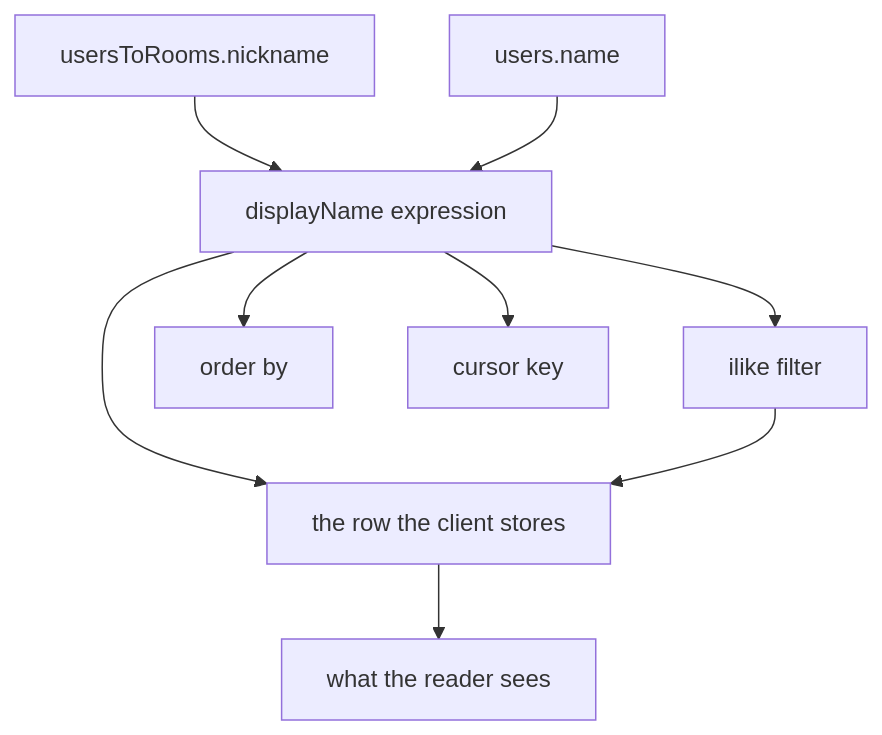
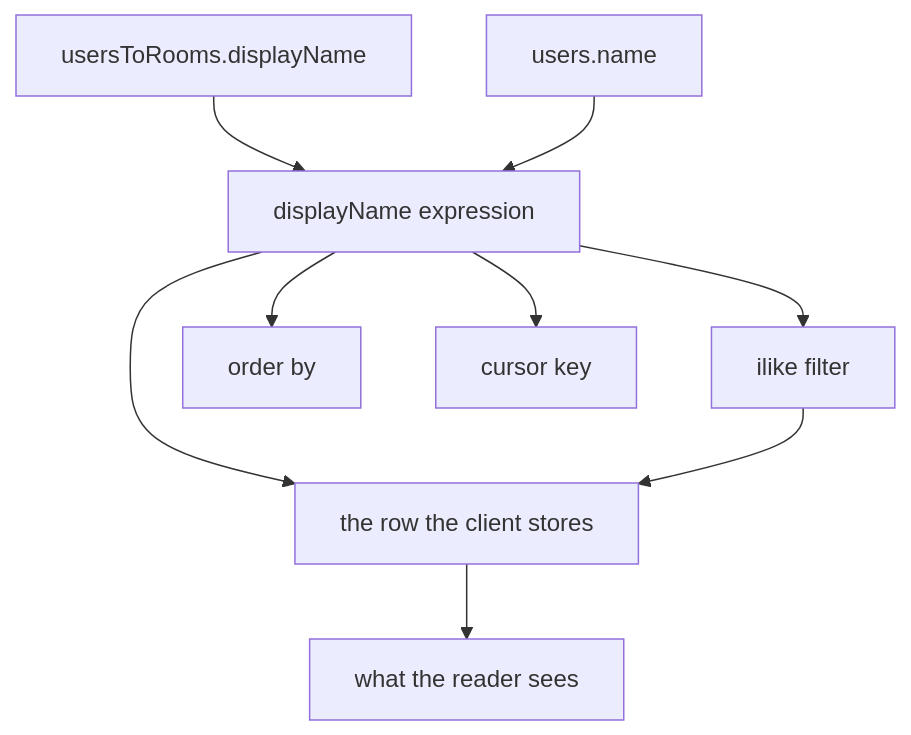
The diagram in apps/web/content/docs/proposals/esbabbler/server-resolved-display-names.md (Esposter/Esposter), drawn with Mermaid before and after one commit. The commit also changed other lines of this file and 50 other files, not shown here.

First line of the commit message:
feat(esbabbler): rename room nicknames to display names

````diff
--- a/apps/web/content/docs/proposals/esbabbler/server-resolved-display-names.md
+++ b/apps/web/content/docs/proposals/esbabbler/server-resolved-display-names.md
@@ -17,11 +17,11 @@
 ```mermaid
 flowchart TD
-  Nickname["usersToRooms.nickname"] --> Expression["displayName expression"]
+  RoomName["usersToRooms.displayName"] --> Expression["displayName expression"]
   Name["users.name"] --> Expression
   Expression --> Filter["ilike filter"]
   Expression --> Sort["order by"]
   Expression --> Cursor["cursor key"]
   Expression --> Row["the row the client stores"]
   Row --> Render["what the reader sees"]
   Filter --> Row
 ```
````
